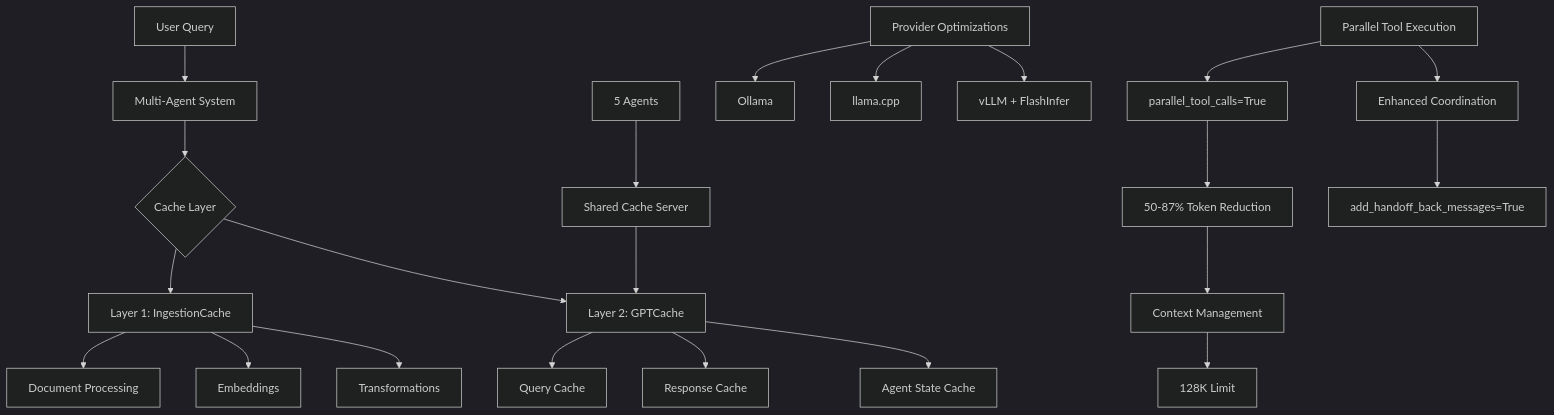
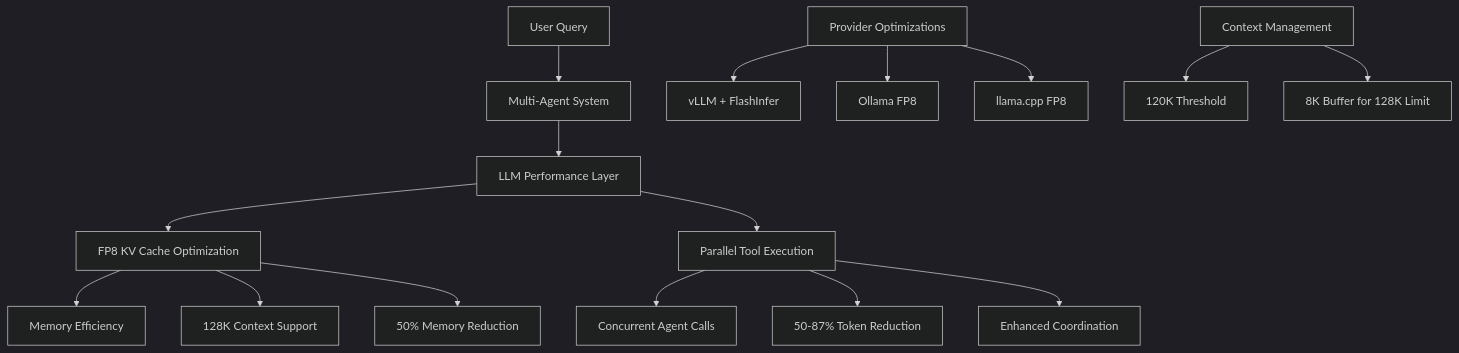
One commit to BjornMelin/docmind-ai-llm changed the diagram in docs/adrs/ADR-010-performance-optimization-strategy.md. Above: the diagram before and after it, drawn with Mermaid (dark theme). The commit also changed other lines of this file and 15 other files, not shown here.

First line of the commit message:
refactor: simplify caching strategy by removing dual-layer architecture

````diff
--- a/docs/adrs/ADR-010-performance-optimization-strategy.md
+++ b/docs/adrs/ADR-010-performance-optimization-strategy.md
@@ -118,30 +108,23 @@
 ```mermaid
 graph TD
     A[User Query] --> B[Multi-Agent System]
-    B --> C{Cache Layer}
+    B --> C[LLM Performance Layer]
     
-    C --> D[Layer 1: IngestionCache]
-    C --> E[Layer 2: GPTCache]
+    C --> D[FP8 KV Cache Optimization]
+    C --> E[Parallel Tool Execution]
     
-    D --> F[Document Processing]
-    D --> G[Embeddings]
-    D --> H[Transformations]
+    D --> F[Memory Efficiency]
+    D --> G[128K Context Support]
+    D --> H[50% Memory Reduction]
     
-    E --> I[Query Cache]
-    E --> J[Response Cache]
-    E --> K[Agent State Cache]
+    E --> I[Concurrent Agent Calls]
+    E --> J[50-87% Token Reduction]
+    E --> K[Enhanced Coordination]
     
-    L[5 Agents] --> M[Shared Cache Server]
-    M --> E
+    L[Provider Optimizations] --> M[vLLM + FlashInfer]
+    L --> N[Ollama FP8]
+    L --> O[llama.cpp FP8]
     
-    N[Provider Optimizations] --> O[Ollama]
-    N --> P[llama.cpp]
-    N --> Q[vLLM + FlashInfer]
-    
-    R[Parallel Tool Execution] --> S[parallel_tool_calls=True]
-    S --> T[50-87% Token Reduction]
-    R --> U[Enhanced Coordination]
-    U --> V[add_handoff_back_messages=True]
-    T --> W[Context Management]
-    W --> X[128K Limit]
+    P[Context Management] --> Q[120K Threshold]
+    P --> R[8K Buffer for 128K Limit]
 ```
````
